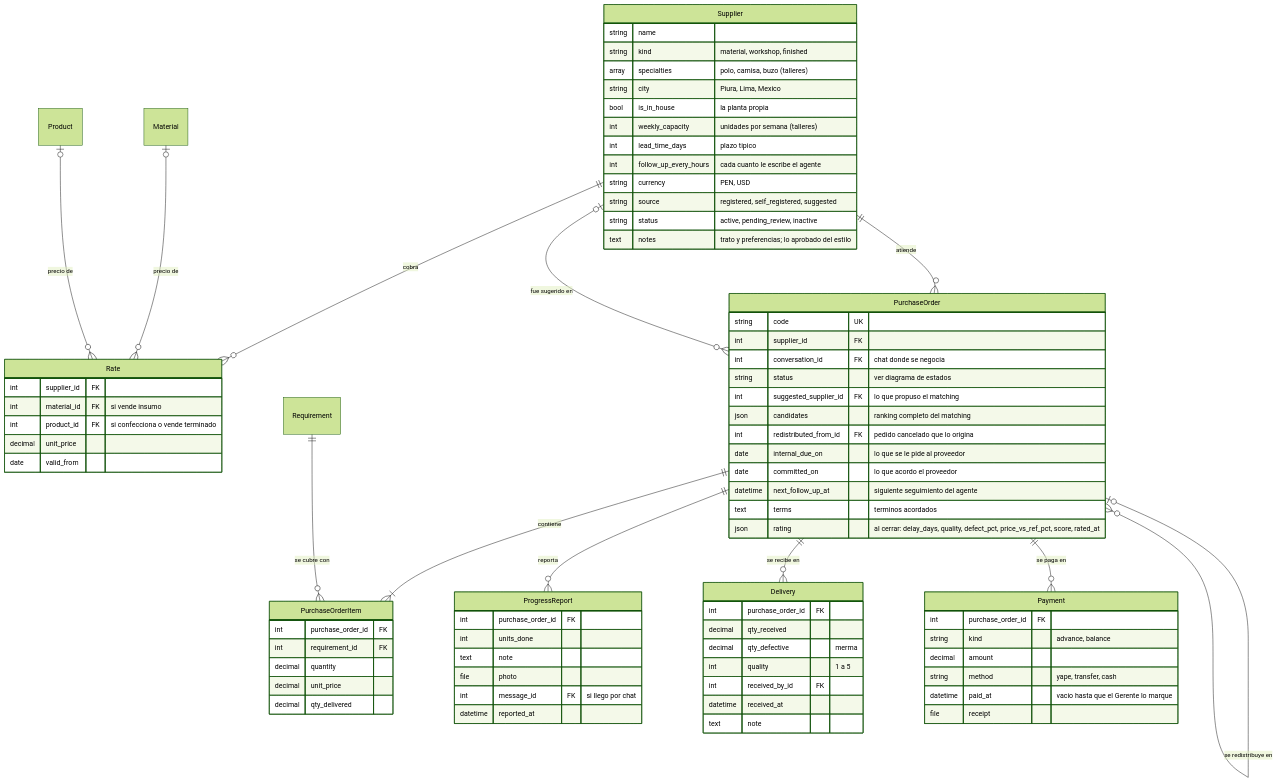
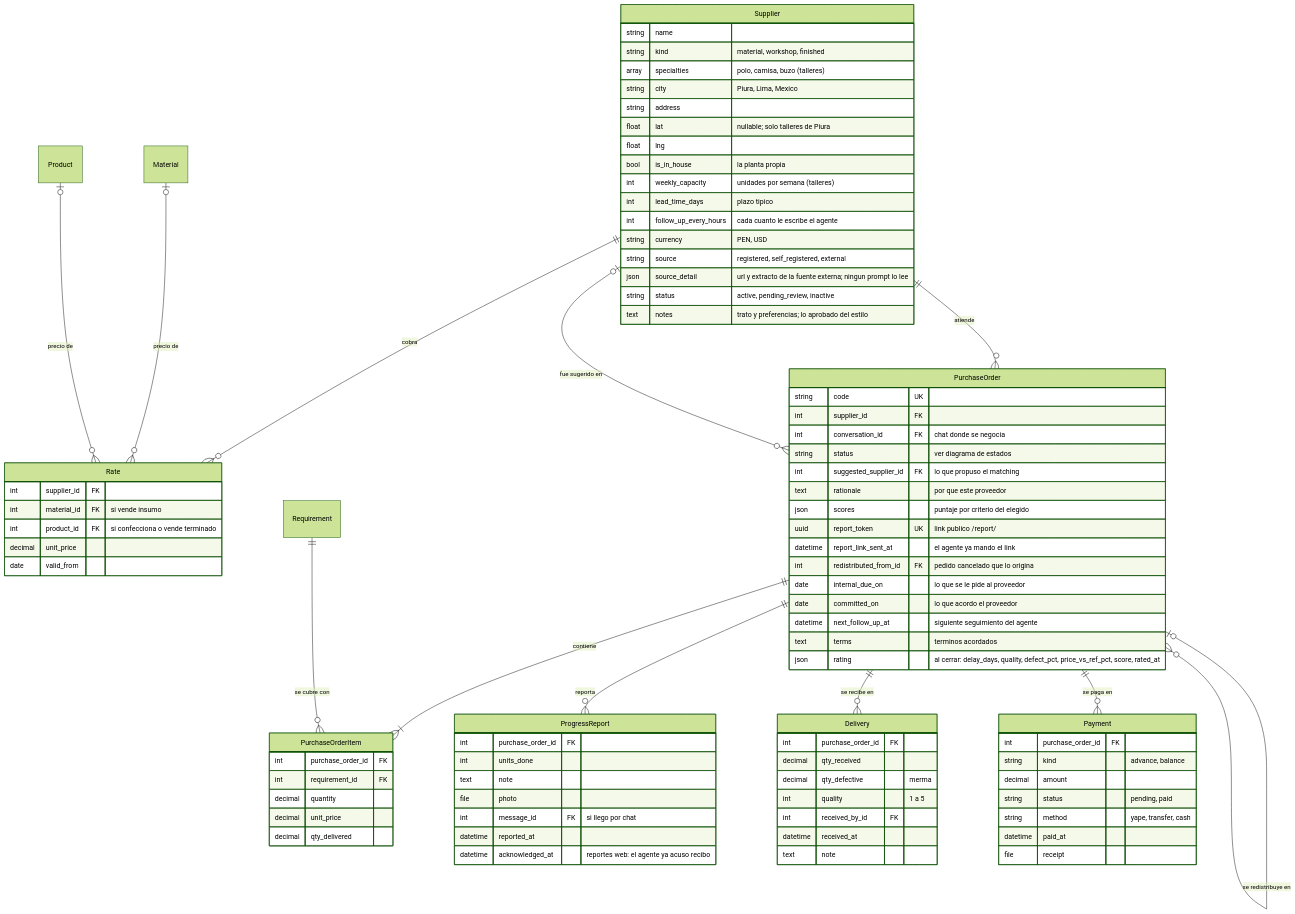
Before and after one commit to oscargicast/corpotex: the third of 13 diagrams in docs/backend/modelo-de-datos.md, drawn with Mermaid (forest theme). The commit also changed other lines of this file and 1 other file, not shown here.

Commit message:
Data model and glossary: routes, payments, public report, supplier suggestions (ADR 0024)

````diff
--- a/docs/backend/modelo-de-datos.md
+++ b/docs/backend/modelo-de-datos.md
@@ -395,12 +411,16 @@
         string kind "material, workshop, finished"
         array specialties "polo, camisa, buzo (talleres)"
         string city "Piura, Lima, Mexico"
+        string address
+        float lat "nullable; solo talleres de Piura"
+        float lng
         bool is_in_house "la planta propia"
         int weekly_capacity "unidades por semana (talleres)"
         int lead_time_days "plazo tipico"
         int follow_up_every_hours "cada cuanto le escribe el agente"
         string currency "PEN, USD"
-        string source "registered, self_registered, suggested"
+        string source "registered, self_registered, external"
+        json source_detail "url y extracto de la fuente externa; ningun prompt lo lee"
         string status "active, pending_review, inactive"
         text notes "trato y preferencias; lo aprobado del estilo"
     }
@@ -417,7 +437,10 @@
         int conversation_id FK "chat donde se negocia"
         string status "ver diagrama de estados"
         int suggested_supplier_id FK "lo que propuso el matching"
-        json candidates "ranking completo del matching"
+        text rationale "por que este proveedor"
+        json scores "puntaje por criterio del elegido"
+        uuid report_token UK "link publico /report/<token>"
+        datetime report_link_sent_at "el agente ya mando el link"
         int redistributed_from_id FK "pedido cancelado que lo origina"
         date internal_due_on "lo que se le pide al proveedor"
         date committed_on "lo que acordo el proveedor"
@@ -439,6 +462,7 @@
         file photo
         int message_id FK "si llego por chat"
         datetime reported_at
+        datetime acknowledged_at "reportes web: el agente ya acuso recibo"
     }
     Delivery {
         int purchase_order_id FK
@@ -453,8 +477,9 @@
         int purchase_order_id FK
         string kind "advance, balance"
         decimal amount
+        string status "pending, paid"
         string method "yape, transfer, cash"
-        datetime paid_at "vacio hasta que el Gerente lo marque"
+        datetime paid_at
         file receipt
     }
 ```
````
